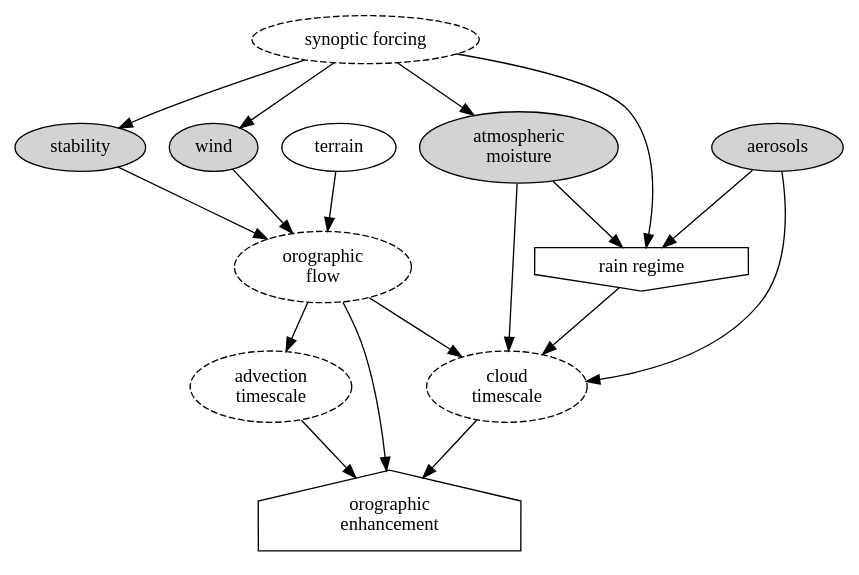
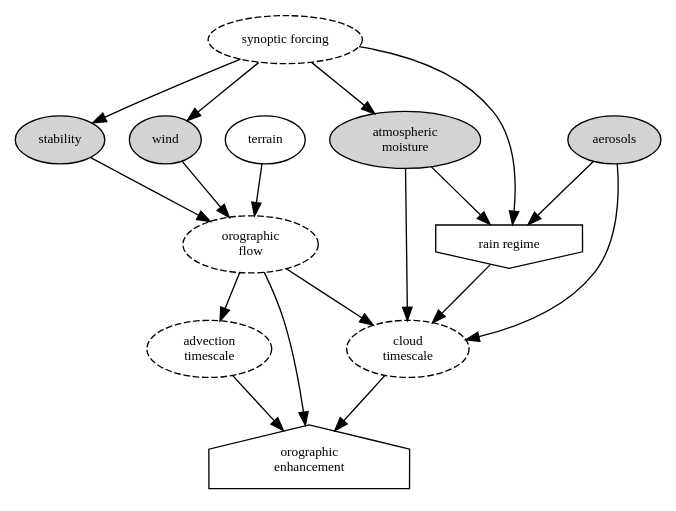
One commit to massma/causality-earth-science changed the diagram in dot/ccope.dot. Above: the diagram before and after it, drawn with Graphviz. The commit also changed 1 other file, not shown here.

```diff
--- a/dot/ccope.dot
+++ b/dot/ccope.dot
@@ -1,34 +1,34 @@
 digraph G {
-	synopticForcing[label="synoptic forcing", style="dashed"];
-	orographicFlow[label="orographic\nflow", style="dashed"];
-	cloudTimescale[label="cloud\ntimescale", style="dashed"];
-	advectionTimescale[label="advection\ntimescale", style="dashed"];
-	rainRegime[label="rain regime", shape="invhouse"];
-	orographicEnhancement[label="orographic\nenhancement", shape="house"];
-	stability[label="stability", style="filled"];
-	wind[label="wind", style="filled"];
-	aerosols[label="aerosols", style="filled"];
-	terrain[label="terrain"];
-	columnWater[label="atmospheric\nmoisture", style="filled"];
+	synopticForcing[label="synoptic forcing", style="dashed", fontsize=10, fonttype="Times-Roman"];
+	orographicFlow[label="orographic\nflow", style="dashed", fontsize=10, fonttype="Times-Roman"];
+	cloudTimescale[label="cloud\ntimescale", style="dashed", fontsize=10, fonttype="Times-Roman"];
+	advectionTimescale[label="advection\ntimescale", style="dashed", fontsize=10, fonttype="Times-Roman"];
+	rainRegime[label="rain regime", shape="invhouse", fontsize=10, fonttype="Times-Roman"];
+	orographicEnhancement[label="orographic\nenhancement", shape="house", fontsize=10, fonttype="Times-Roman"];
+	stability[label="stability", style="filled", fontsize=10, fonttype="Times-Roman"];
+	wind[label="wind", style="filled", fontsize=10, fonttype="Times-Roman"];
+	aerosols[label="aerosols", style="filled", fontsize=10, fonttype="Times-Roman"];
+	terrain[label="terrain", fontsize=10, fonttype="Times-Roman"];
+	columnWater[label="atmospheric\nmoisture", style="filled", fontsize=10, fonttype="Times-Roman"];
 
 
 	aerosols -> rainRegime;
 	aerosols -> cloudTimescale;
 	rainRegime -> cloudTimescale;
 	synopticForcing -> rainRegime;
 	synopticForcing -> stability;
 	synopticForcing -> wind;
 	synopticForcing -> columnWater;
 	columnWater -> cloudTimescale;
 	columnWater -> rainRegime;
 	orographicFlow -> cloudTimescale;
 	stability -> orographicFlow;
 	wind -> orographicFlow;
 	terrain -> orographicFlow;
 	orographicFlow -> advectionTimescale;
         orographicFlow -> orographicEnhancement;
 	cloudTimescale -> orographicEnhancement;
 	advectionTimescale -> orographicEnhancement;
 
 
 }
```
